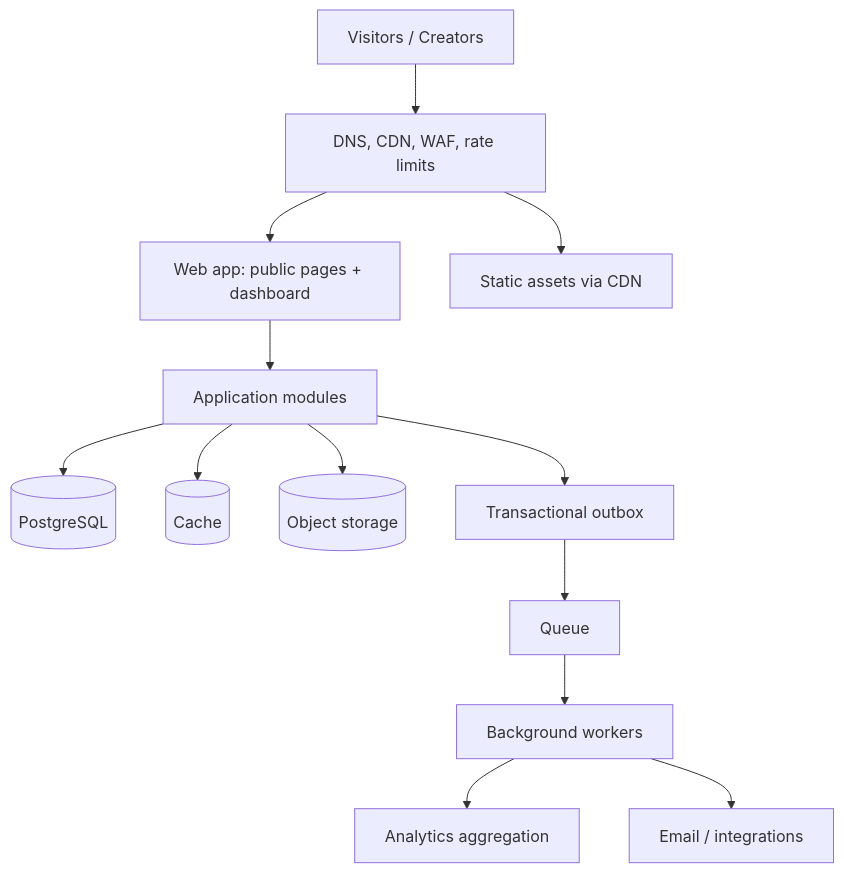
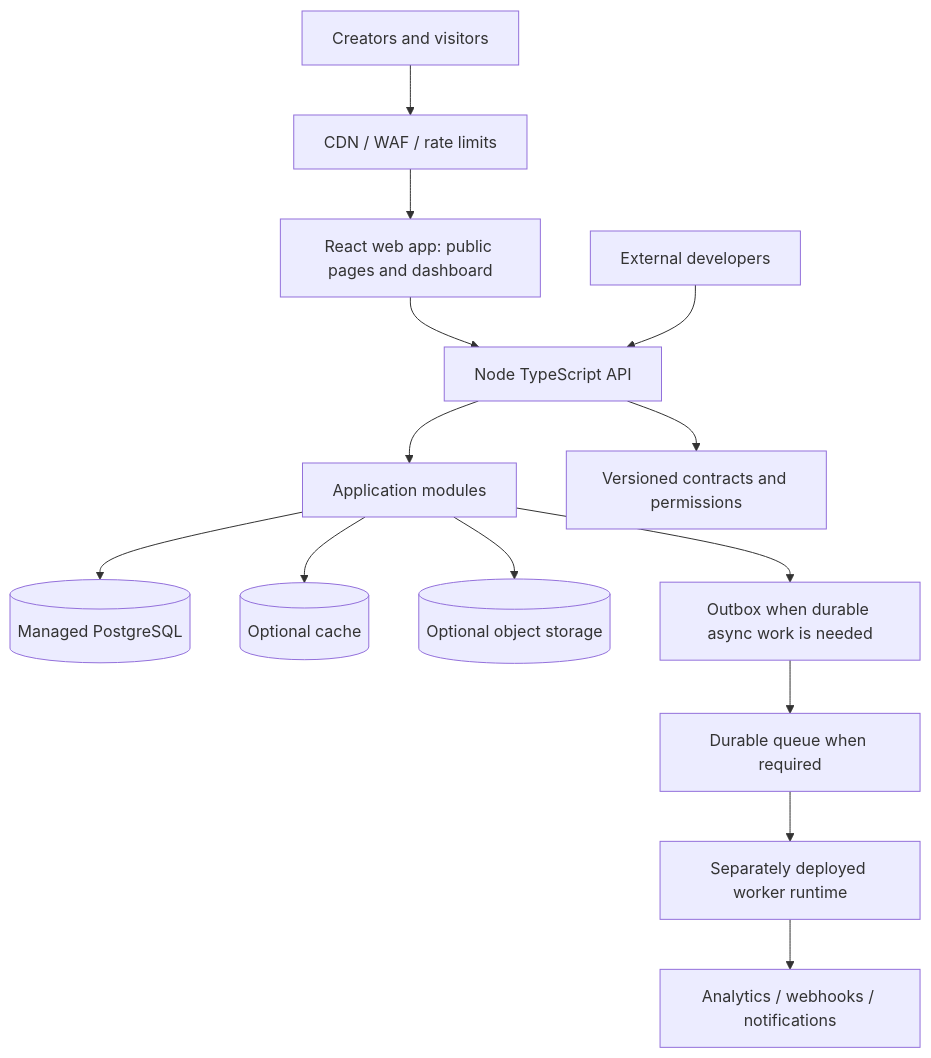
Before and after one commit to harshkumar07/Link: the diagram in docs/ARCHITECTURE.md, drawn with Mermaid. The commit also changed other lines of this file, not shown here.

Commit message:
docs: adapt architecture to React Node Vercel and developer platform

````diff
--- a/docs/ARCHITECTURE.md
+++ b/docs/ARCHITECTURE.md
@@ -11,15 +32,16 @@
 ```mermaid
 flowchart TD
-  Visitor[Visitors / Creators] --> Edge[DNS, CDN, WAF, rate limits]
-  Edge --> Web[Web app: public pages + dashboard]
-  Web --> Modules[Application modules]
-  Modules --> DB[(PostgreSQL)]
-  Modules --> Cache[(Cache)]
-  Modules --> ObjectStore[(Object storage)]
-  Modules --> Outbox[Transactional outbox]
-  Outbox --> Queue[Queue]
-  Queue --> Workers[Background workers]
-  Workers --> Analytics[Analytics aggregation]
-  Workers --> Email[Email / integrations]
-  Edge --> Static[Static assets via CDN]
+  Visitors[Creators and visitors] --> Edge[CDN / WAF / rate limits]
+  Edge --> Web[React web app: public pages and dashboard]
+  Web --> API[Node TypeScript API]
+  API --> Modules[Application modules]
+  Modules --> DB[(Managed PostgreSQL)]
+  Modules --> Cache[(Optional cache)]
+  Modules --> Storage[(Optional object storage)]
+  Modules --> Outbox[Outbox when durable async work is needed]
+  Outbox --> Queue[Durable queue when required]
+  Queue --> Worker[Separately deployed worker runtime]
+  Worker --> Events[Analytics / webhooks / notifications]
+  Devs[External developers] --> API
+  API --> Contracts[Versioned contracts and permissions]
 ```
````
